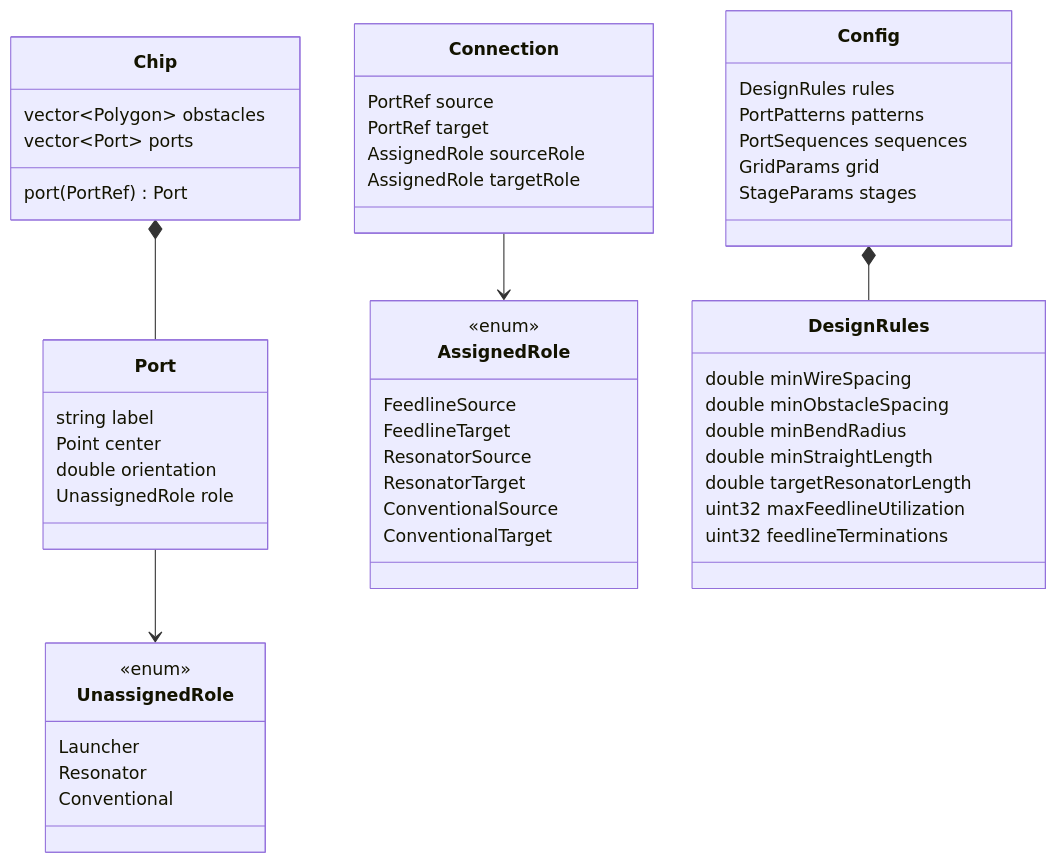
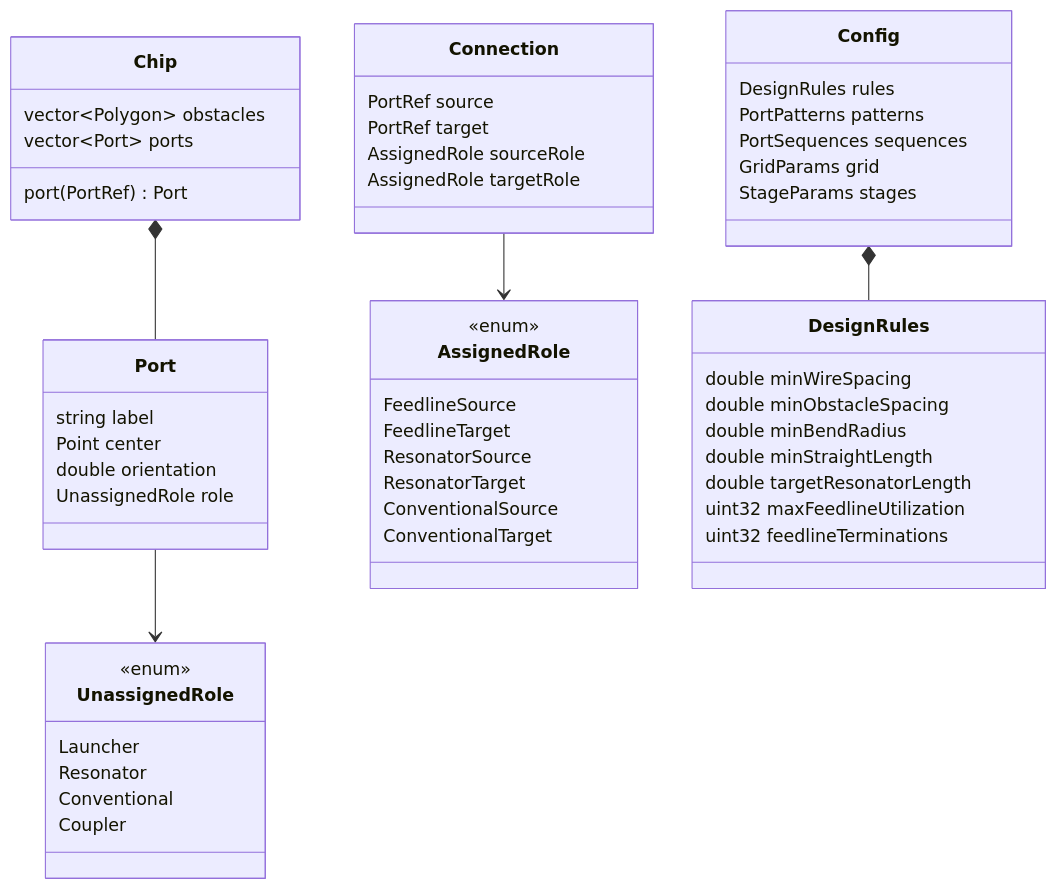
One commit to munich-quantum-toolkit/scpd changed the diagram in docs/design/data-model.md. Above: the diagram before and after it, drawn with Mermaid. The commit also changed other lines of this file and 72 other files, not shown here.

````diff
--- a/docs/design/data-model.md
+++ b/docs/design/data-model.md
@@ -37,56 +35,57 @@
 ```mermaid
 classDiagram
   class Chip {
     vector~Polygon~ obstacles
     vector~Port~ ports
     port(PortRef) Port
   }
   class Port {
     string label
     Point center
     double orientation
     UnassignedRole role
   }
   class UnassignedRole {
     <<enum>>
     Launcher
     Resonator
     Conventional
+    Coupler
   }
   class AssignedRole {
     <<enum>>
     FeedlineSource
     FeedlineTarget
     ResonatorSource
     ResonatorTarget
     ConventionalSource
     ConventionalTarget
   }
   class Connection {
     PortRef source
     PortRef target
     AssignedRole sourceRole
     AssignedRole targetRole
   }
   class DesignRules {
     double minWireSpacing
     double minObstacleSpacing
     double minBendRadius
     double minStraightLength
     double targetResonatorLength
     uint32 maxFeedlineUtilization
     uint32 feedlineTerminations
   }
   class Config {
     DesignRules rules
     PortPatterns patterns
     PortSequences sequences
     GridParams grid
     StageParams stages
   }
 
   Chip *-- Port
   Port --> UnassignedRole
   Connection --> AssignedRole
   Config *-- DesignRules
 ```
````
